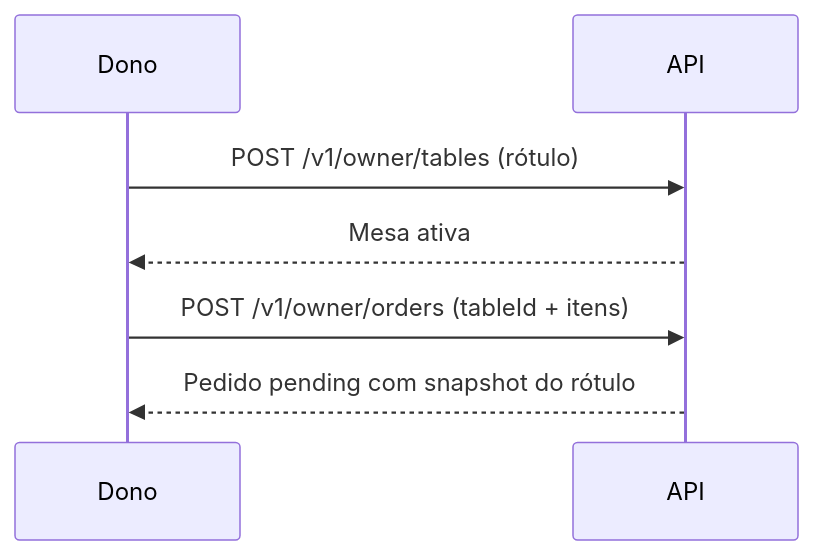
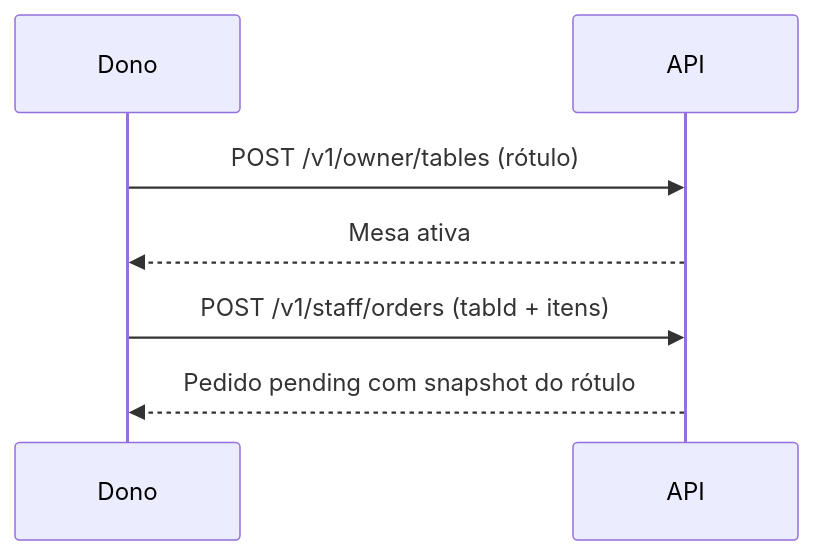
One commit to filiperamosds/eaimesa-frontend changed the third of 7 diagrams in docs/product/fluxos.md. Above: the diagram before and after it, drawn with Mermaid. The commit also changed other lines of this file and 14 other files, not shown here.

````diff
--- a/docs/product/fluxos.md
+++ b/docs/product/fluxos.md
@@ -53,10 +53,10 @@
 ```mermaid
 sequenceDiagram
   participant D as Dono
   participant API as API
 
   D->>API: POST /v1/owner/tables (rótulo)
   API-->>D: Mesa ativa
-  D->>API: POST /v1/owner/orders (tableId + itens)
+  D->>API: POST /v1/staff/orders (tabId + itens)
   API-->>D: Pedido pending com snapshot do rótulo
 ```
````
